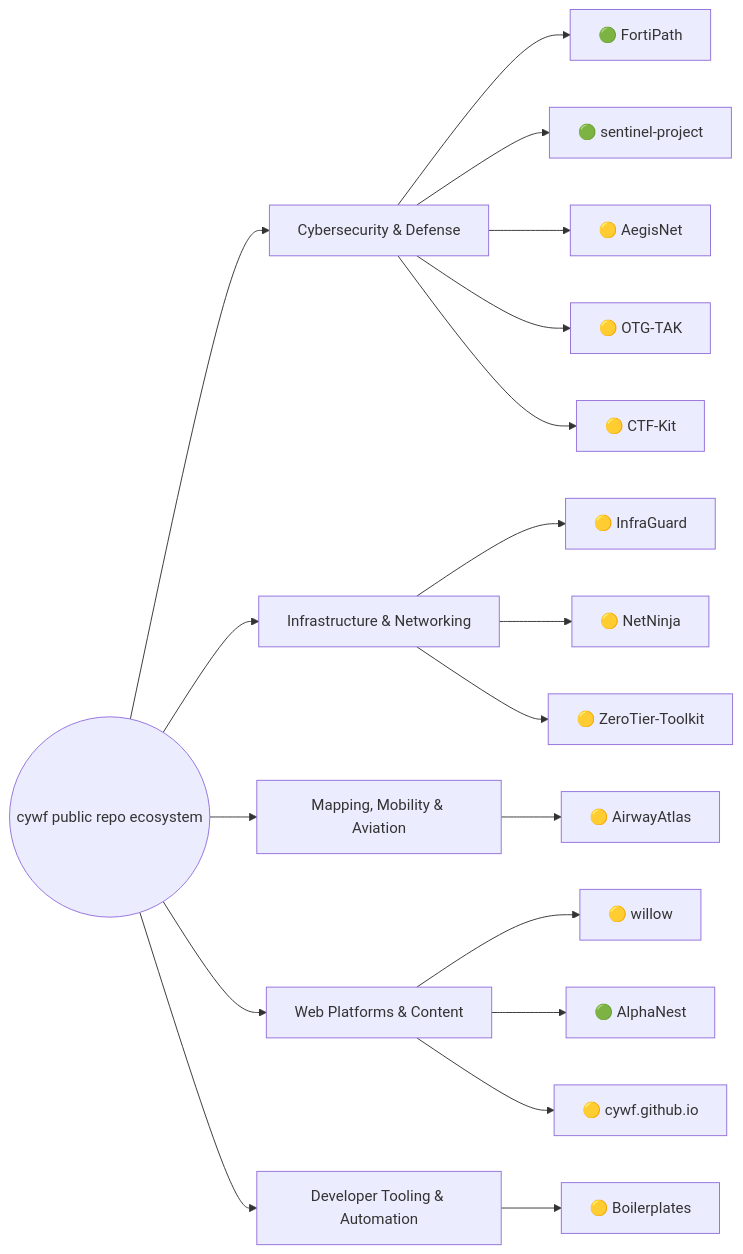
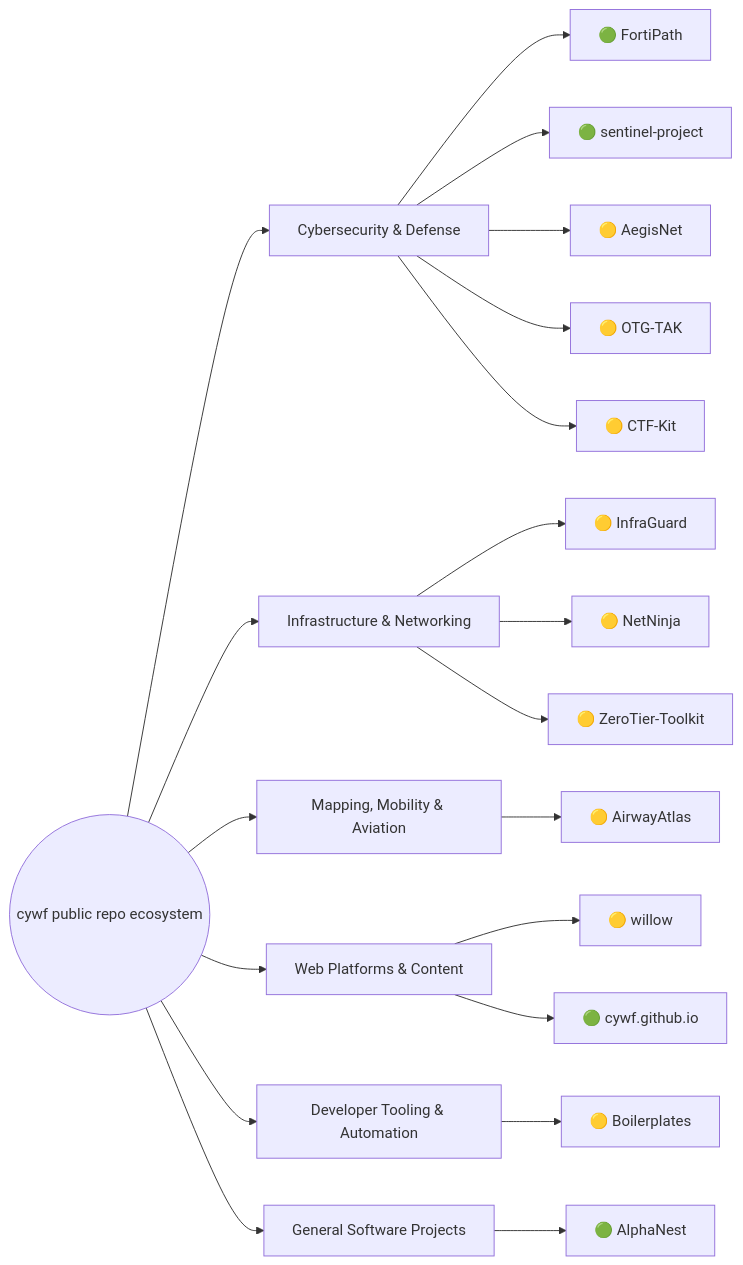
One commit to cywf/cywf changed the diagram in README.md. Above: the diagram before and after it, drawn with Mermaid. The commit also changed other lines of this file, not shown here.

````diff
--- a/README.md
+++ b/README.md
@@ -31,22 +31,23 @@
 ```mermaid
 flowchart LR
   root((cywf public repo ecosystem))
   root --> CybersecurityDefense[Cybersecurity & Defense]
   CybersecurityDefense --> FortiPath[🟢 FortiPath]
   CybersecurityDefense --> sentinel-project[🟢 sentinel-project]
   CybersecurityDefense --> AegisNet[🟡 AegisNet]
   CybersecurityDefense --> OTG-TAK[🟡 OTG-TAK]
   CybersecurityDefense --> CTF-Kit[🟡 CTF-Kit]
   root --> InfrastructureNetworking[Infrastructure & Networking]
   InfrastructureNetworking --> InfraGuard[🟡 InfraGuard]
   InfrastructureNetworking --> NetNinja[🟡 NetNinja]
   InfrastructureNetworking --> ZeroTier-Toolkit[🟡 ZeroTier-Toolkit]
   root --> MappingMobilityAviation[Mapping, Mobility & Aviation]
   MappingMobilityAviation --> AirwayAtlas[🟡 AirwayAtlas]
   root --> WebPlatformsContent[Web Platforms & Content]
   WebPlatformsContent --> willow[🟡 willow]
-  WebPlatformsContent --> AlphaNest[🟢 AlphaNest]
-  WebPlatformsContent --> cywf.github.io[🟡 cywf.github.io]
+  WebPlatformsContent --> cywf.github.io[🟢 cywf.github.io]
   root --> DeveloperToolingAutomation[Developer Tooling & Automation]
   DeveloperToolingAutomation --> Boilerplates[🟡 Boilerplates]
+  root --> GeneralSoftwareProjects[General Software Projects]
+  GeneralSoftwareProjects --> AlphaNest[🟢 AlphaNest]
 ```
````
